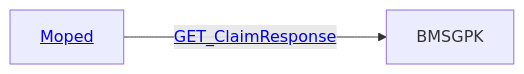
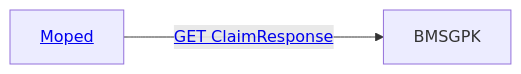
One commit to HL7Austria/ELGA-MOPED-R5 changed the fifth of 5 diagrams in input/pagecontent/actors.md. Above: the diagram before and after it, drawn with Mermaid. The commit also changed other lines of this file, not shown here.

```diff
--- a/input/pagecontent/actors.md
+++ b/input/pagecontent/actors.md
@@ -88,6 +80,6 @@
-            <pre class="mermaid">
-                graph LR
-                BMSGPK[BMSGPK]
-                Moped[<a href="index.html">Moped</a>] 
-                Moped --->|<a href="StructureDefinition-MOPEDClaimResponse.html"> GET_ClaimResponse</a>| BMSGPK  
-            </pre>
+<pre class="mermaid">
+    graph LR
+    BMSGPK[BMSGPK]
+    Moped[<a href="#top">Moped</a>] 
+    Moped --->|<a href="StructureDefinition-MOPEDClaimResponse.html"> GET ClaimResponse</a>| BMSGPK  
+</pre>
```
